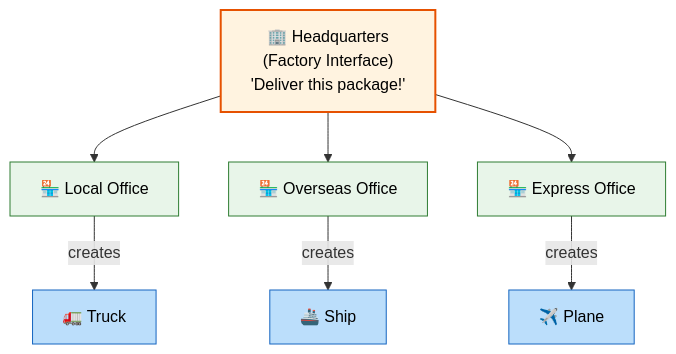
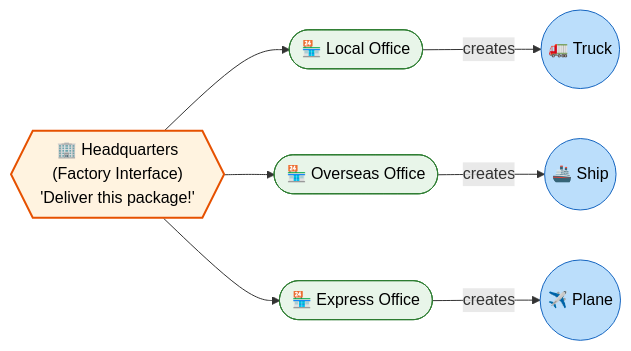
Before and after one commit to saivamsikaruturi/vamsilabs-dev-notes-main: the first of 3 diagrams in docs/designpatterns/creationalDesignPatterns/FactoryDesignPattern.md, drawn with Mermaid. The commit also changed other lines of this file and 146 other files, not shown here.

Commit message:
Horizontal diagrams, UML class diagrams, typography overhaul, and permalink cleanup

````diff
--- a/docs/designpatterns/creationalDesignPatterns/FactoryDesignPattern.md
+++ b/docs/designpatterns/creationalDesignPatterns/FactoryDesignPattern.md
@@ -10,18 +10,18 @@
 ```mermaid
-flowchart TD
-    HQ["🏢 Headquarters<br/>(Factory Interface)<br/>'Deliver this package!'"]
-    HQ --> L["🏪 Local Office"]
-    HQ --> O["🏪 Overseas Office"]
-    HQ --> E["🏪 Express Office"]
-    L -->|creates| T["🚛 Truck"]
-    O -->|creates| S["🚢 Ship"]
-    E -->|creates| P["✈️ Plane"]
+flowchart LR
+    HQ{{"🏢 Headquarters<br/>(Factory Interface)<br/>'Deliver this package!'"}}
+    HQ --> L(["🏪 Local Office"])
+    HQ --> O(["🏪 Overseas Office"])
+    HQ --> E(["🏪 Express Office"])
+    L -->|creates| T(("🚛 Truck"))
+    O -->|creates| S(("🚢 Ship"))
+    E -->|creates| P(("✈️ Plane"))
     
     style HQ fill:#FFF3E0,stroke:#E65100,stroke-width:2px,color:#000
     style L fill:#E8F5E9,stroke:#2E7D32,color:#000
     style O fill:#E8F5E9,stroke:#2E7D32,color:#000
     style E fill:#E8F5E9,stroke:#2E7D32,color:#000
     style T fill:#BBDEFB,stroke:#1565C0,color:#000
     style S fill:#BBDEFB,stroke:#1565C0,color:#000
     style P fill:#BBDEFB,stroke:#1565C0,color:#000
 ```
````
